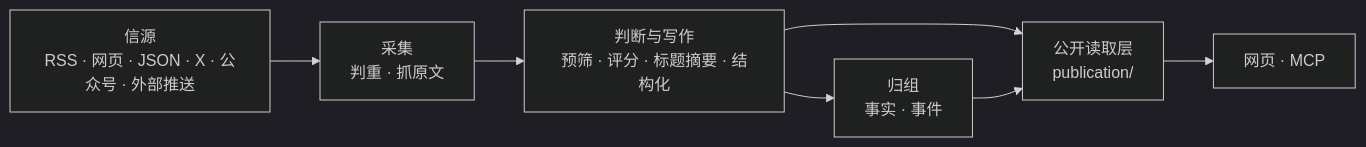
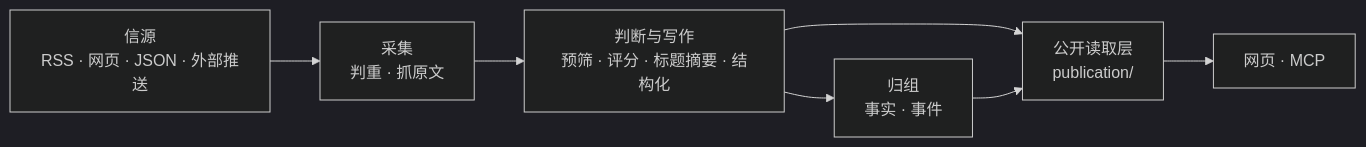
One commit to ttm43/myhot changed the diagram in docs/architecture.md. Above: the diagram before and after it, drawn with Mermaid (dark theme). The commit also changed other lines of this file and 60 other files, not shown here.

````diff
--- a/docs/architecture.md
+++ b/docs/architecture.md
@@ -3,9 +3,9 @@
 ```mermaid
 flowchart LR
-  S["信源<br/>RSS · 网页 · JSON · X · 公众号 · 外部推送"] --> C["采集<br/>判重 · 抓原文"]
+  S["信源<br/>RSS · 网页 · JSON · 外部推送"] --> C["采集<br/>判重 · 抓原文"]
   C --> J["判断与写作<br/>预筛 · 评分 · 标题摘要 · 结构化"]
   J --> G["归组<br/>事实 · 事件"]
   J --> P["公开读取层<br/>publication/"]
   G --> P
   P --> O["网页 · MCP"]
 ```
````
